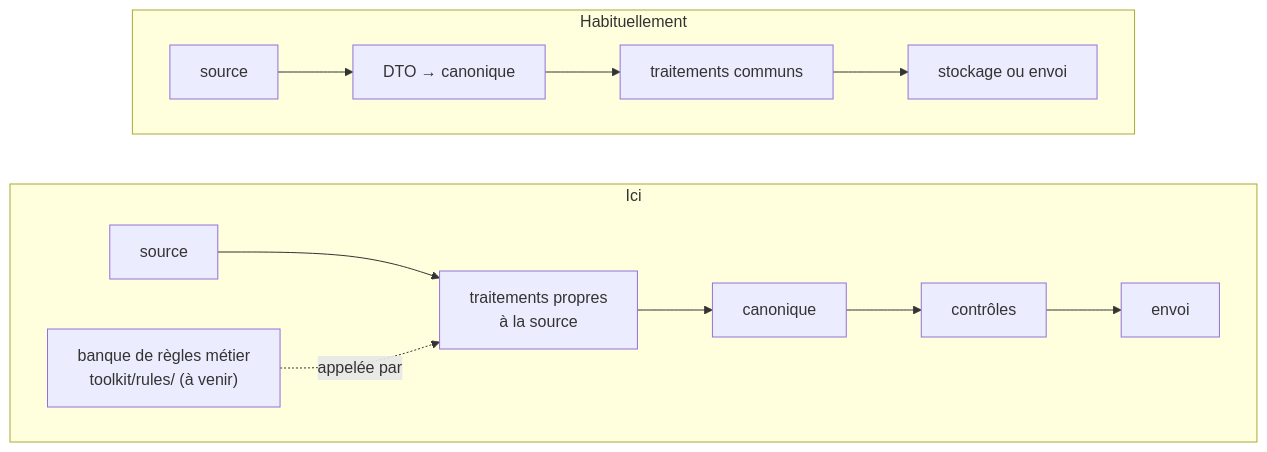
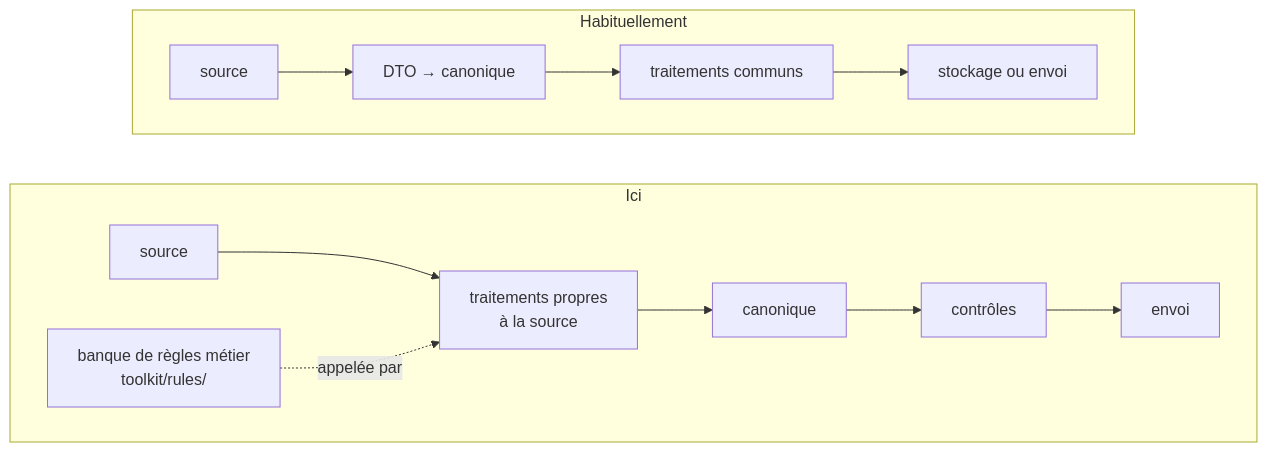
Before and after one commit to MTES-MCT/dialog-integrations: the second of 2 diagrams in docs/architecture.md, drawn with Mermaid. The commit also changed other lines of this file and 18 other files, not shown here.

Commit message:
feat: create the architecture of the toolkit/rules (#41)

````diff
--- a/docs/architecture.md
+++ b/docs/architecture.md
@@ -51,13 +51,13 @@
 ```mermaid
 flowchart LR
     subgraph H["Ici"]
         direction LR
         h1["source"] --> h2["traitements propres<br/>à la source"] --> h3["canonique"] --> h4["contrôles"] --> h5["envoi"]
-        r["banque de règles métier<br/>toolkit/rules/ (à venir)"] -.->|"appelée par"| h2
+        r["banque de règles métier<br/>toolkit/rules/"] -.->|"appelée par"| h2
     end
 
     subgraph U["Habituellement"]
         direction LR
         u1["source"] --> u2["DTO → canonique"] --> u3["traitements communs"] --> u4["stockage ou envoi"]
     end
 ```
````
